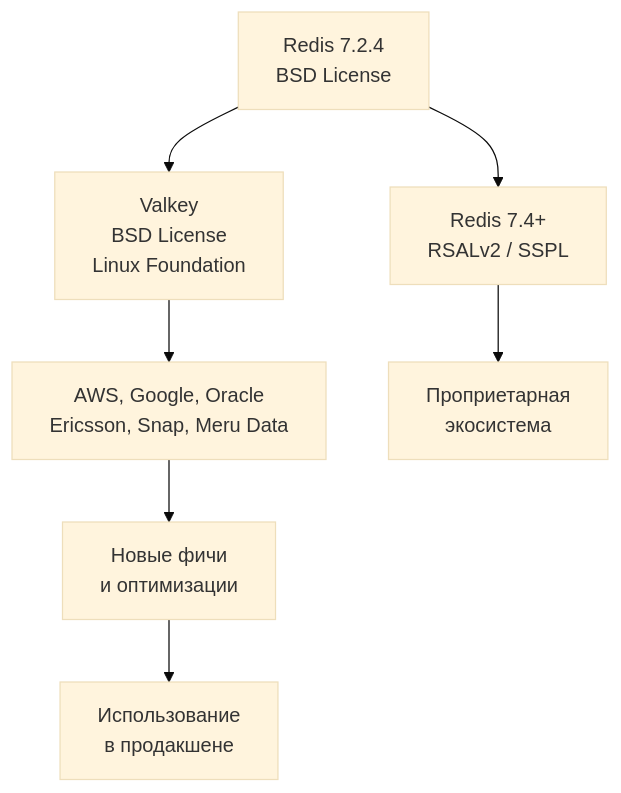
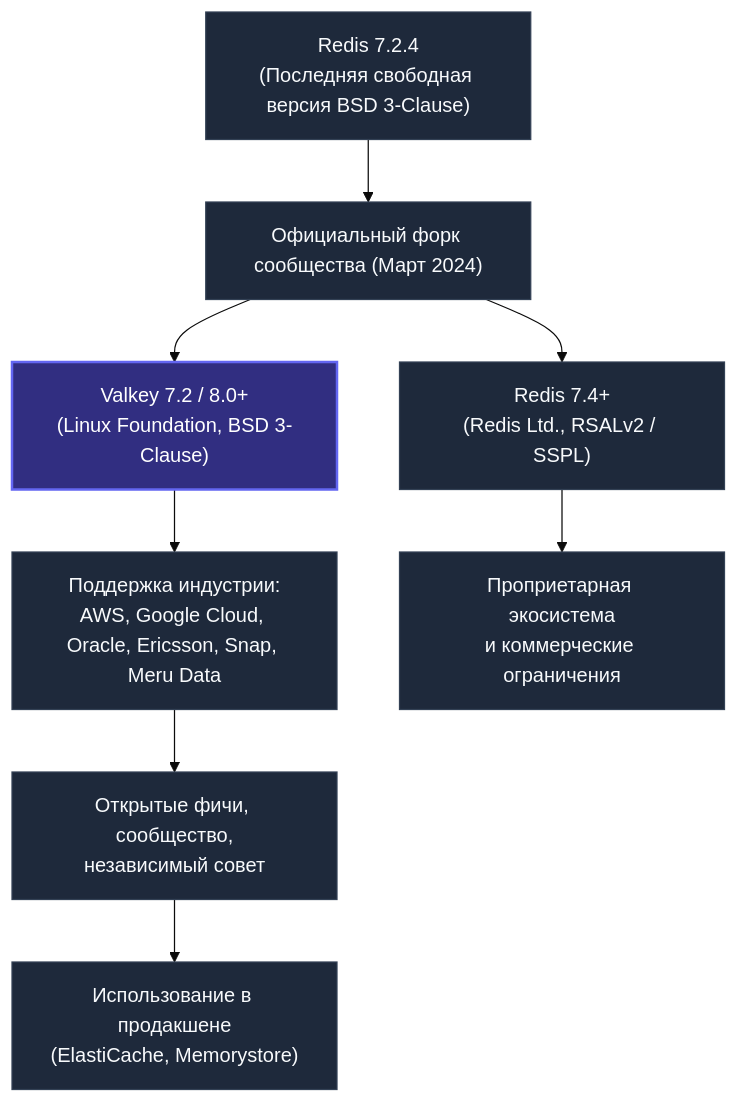
One commit to UnrealTemplier/go-textbook changed the diagram in sources/12. Базы данных/09. NoSQL базы/6. Valkey.md. Above: the diagram before and after it, drawn with Mermaid (base theme). The commit also changed other lines of this file, not shown here.

````diff
--- a/sources/12. Базы данных/09. NoSQL базы/6. Valkey.md
+++ b/sources/12. Базы данных/09. NoSQL базы/6. Valkey.md
@@ -18,9 +30,16 @@
 ```mermaid
 flowchart TD
-    Redis72["Redis 7.2.4<br>BSD License"] --> Valkey["Valkey<br>BSD License<br>Linux Foundation"]
-    Redis72 --> Redis74["Redis 7.4+<br>RSALv2 / SSPL"]
-    Valkey --> Contributors["AWS, Google, Oracle<br>Ericsson, Snap, Meru Data"]
-    Contributors --> Features["Новые фичи<br>и оптимизации"]
-    Features --> Production["Использование<br>в продакшене"]
-    Redis74 --> Proprietary["Проприетарная<br>экосистема"]
+    R72["Redis 7.2.4<br>(Последняя свободная версия BSD 3-Clause)"] --> Fork["Официальный форк сообщества (Март 2024)"]
+    Fork --> Valkey["Valkey 7.2 / 8.0+<br>(Linux Foundation, BSD 3-Clause)"]
+    Fork --> R74["Redis 7.4+<br>(Redis Ltd., RSALv2 / SSPL)"]
+
+    Valkey --> Backers["Поддержка индустрии:<br>AWS, Google Cloud, Oracle, Ericsson, Snap, Meru Data"]
+    Backers --> OpenFeatures["Открытые фичи, сообщество,<br>независимый совет"]
+    OpenFeatures --> ProdValkey["Использование в продакшене<br>(ElastiCache, Memorystore)"]
+
+    R74 --> ClosedEcosystem["Проприетарная экосистема<br>и коммерческие ограничения"]
+
+    classDef default fill:#1e293b,stroke:#334155,color:#f8fafc;
+    classDef valkeyNode fill:#312e81,stroke:#6366f1,color:#ffffff,stroke-width:2px;
+    class Valkey valkeyNode;
 ```
````
